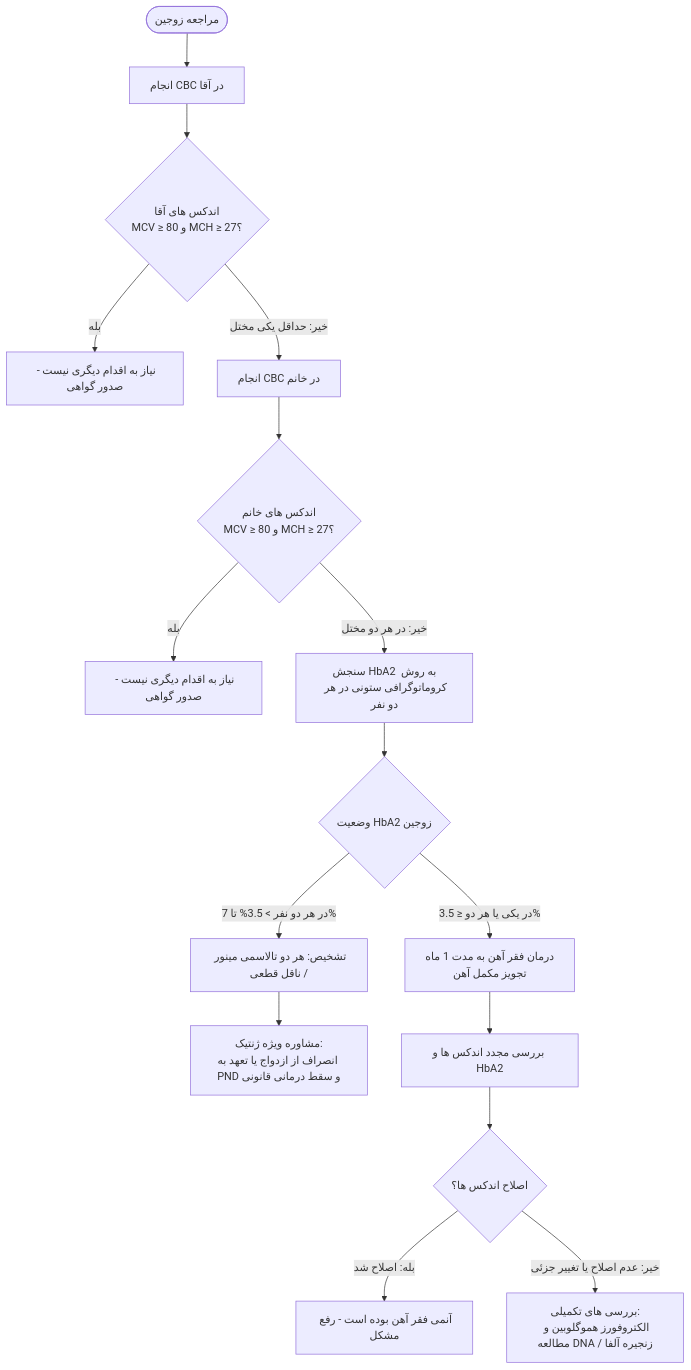
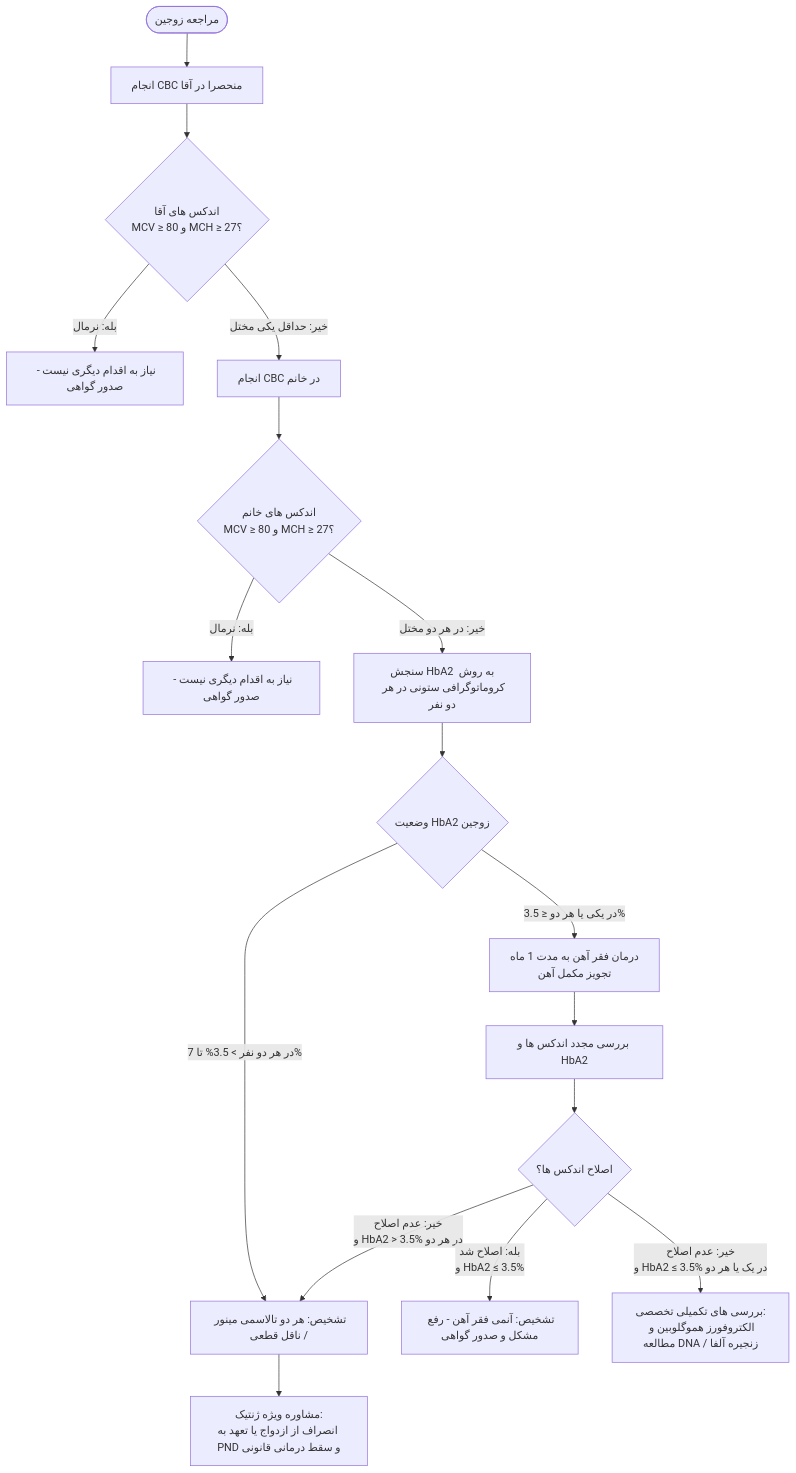
Before and after one commit to neopulse-hub/-TUMS-1402-2-material-notes-: the fourth of 9 diagrams in 05/بهداشت خانواده/خلاصه/01-05.md, drawn with Mermaid. The commit also changed other lines of this file, not shown here.

````diff
--- a/05/بهداشت خانواده/خلاصه/01-05.md
+++ b/05/بهداشت خانواده/خلاصه/01-05.md
@@ -163,22 +168,23 @@
 ```mermaid
 flowchart TD
-    Start([مراجعه زوجین]) --> Step1[انجام CBC در آقا]
+    Start([مراجعه زوجین]) --> Step1[انجام CBC منحصرا در آقا]
     Step1 --> CheckMale{اندکس های آقا<br>MCV ≥ 80 و MCH ≥ 27؟}
-    CheckMale -- بله --> Normal1[نیاز به اقدام دیگری نیست - صدور گواهی]
+    CheckMale -- بله: نرمال --> Normal1[نیاز به اقدام دیگری نیست - صدور گواهی]
     CheckMale -- خیر: حداقل یکی مختل --> Step2[انجام CBC در خانم]
     
     Step2 --> CheckFemale{اندکس های خانم<br>MCV ≥ 80 و MCH ≥ 27؟}
-    CheckFemale -- بله --> Normal2[نیاز به اقدام دیگری نیست - صدور گواهی]
+    CheckFemale -- بله: نرمال --> Normal2[نیاز به اقدام دیگری نیست - صدور گواهی]
     CheckFemale -- خیر: در هر دو مختل --> Step3[سنجش HbA2 به روش کروماتوگرافی ستونی در هر دو نفر]
     
     Step3 --> CheckHbA2{وضعیت HbA2 زوجین}
     CheckHbA2 -- در هر دو نفر > 3.5% تا 7% --> ThalMinor[تشخیص: هر دو تالاسمی مینور / ناقل قطعی]
     ThalMinor --> SpecialConsult[مشاوره ویژه ژنتیک:<br>انصراف از ازدواج یا تعهد به PND و سقط درمانی قانونی]
     
     CheckHbA2 -- در یکی یا هر دو ≤ 3.5% --> IronTrial[درمان فقر آهن به مدت 1 ماه<br>تجویز مکمل آهن]
     IronTrial --> ReCheck[بررسی مجدد اندکس ها و HbA2]
     
     ReCheck --> CheckPostIron{اصلاح اندکس ها؟}
-    CheckPostIron -- بله: اصلاح شد --> Normal3[آنمی فقر آهن بوده است - رفع مشکل]
-    CheckPostIron -- خیر: عدم اصلاح یا تغییر جزئی --> GeneticLab[بررسی های تکمیلی:<br>الکتروفورز هموگلوبین و مطالعه DNA / زنجیره آلفا]
+    CheckPostIron -- خیر: عدم اصلاح<br>و HbA2 > 3.5% در هر دو --> ThalMinor
+    CheckPostIron -- بله: اصلاح شد<br>و HbA2 ≤ 3.5% --> Normal3[تشخیص: آنمی فقر آهن - رفع مشکل و صدور گواهی]
+    CheckPostIron -- خیر: عدم اصلاح<br>و HbA2 ≤ 3.5% در یک یا هر دو --> GeneticLab[بررسی های تکمیلی تخصصی:<br>الکتروفورز هموگلوبین و مطالعه DNA / زنجیره آلفا]
 ```
````
